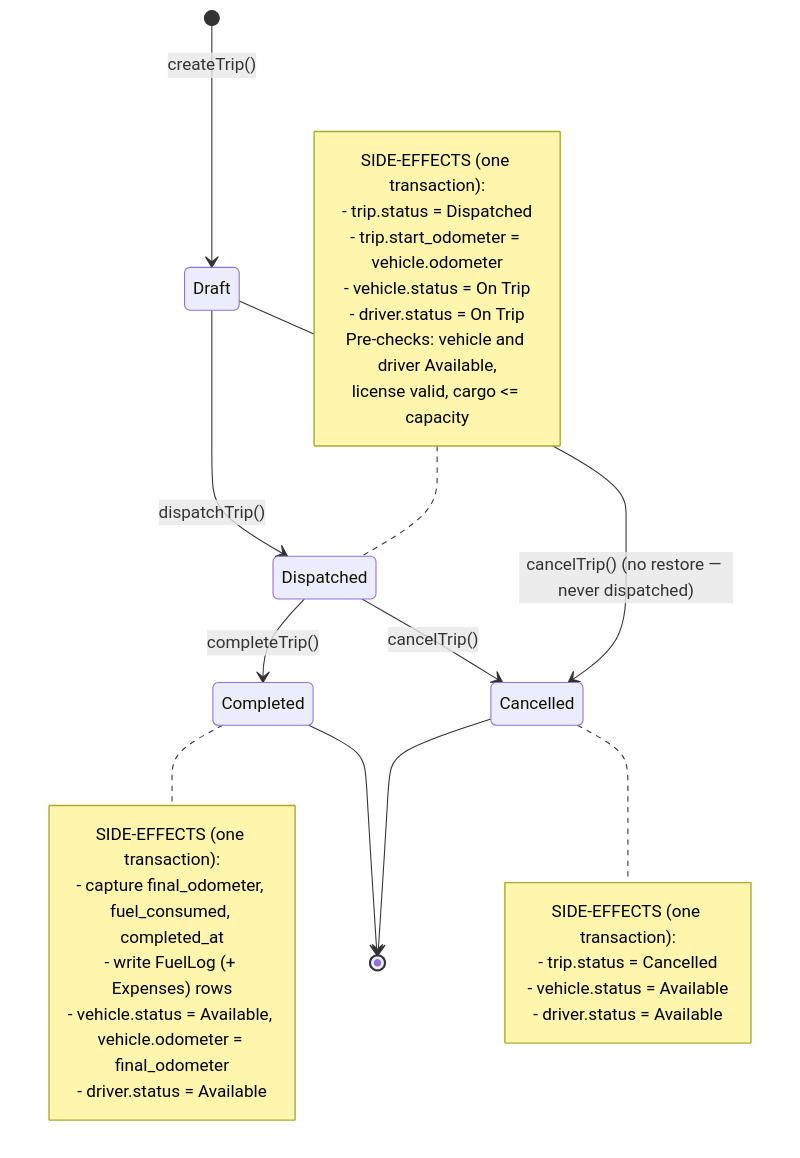
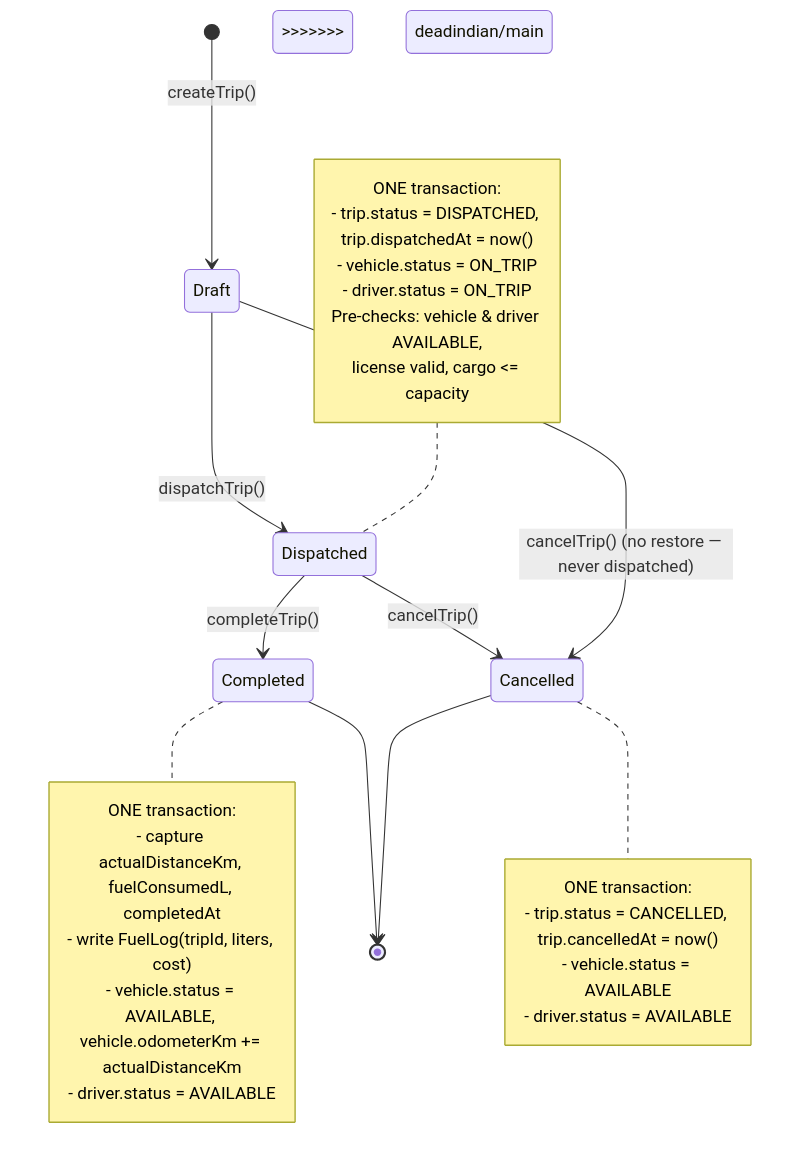
The third of 4 diagrams in plan.md (Dr4cule/TransitOps), drawn with Mermaid before and after one commit. The commit also changed other lines of this file and 73 other files, not shown here.

````diff
--- a/plan.md
+++ b/plan.md
@@ -1028,37 +1700,32 @@
 ```mermaid
 stateDiagram-v2
     [*] --> Draft: createTrip()
-
     Draft --> Dispatched: dispatchTrip()
     note left of Dispatched
-        SIDE-EFFECTS (one transaction):
-        - trip.status = Dispatched
-        - trip.start_odometer = vehicle.odometer
-        - vehicle.status = On Trip
-        - driver.status = On Trip
-        Pre-checks: vehicle and driver Available,
+        ONE transaction:
+        - trip.status = DISPATCHED, trip.dispatchedAt = now()
+        - vehicle.status = ON_TRIP
+        - driver.status = ON_TRIP
+        Pre-checks: vehicle & driver AVAILABLE,
         license valid, cargo <= capacity
     end note
-
     Dispatched --> Completed: completeTrip()
     note right of Completed
-        SIDE-EFFECTS (one transaction):
-        - capture final_odometer, fuel_consumed, completed_at
-        - write FuelLog (+ Expenses) rows
-        - vehicle.status = Available, vehicle.odometer = final_odometer
-        - driver.status = Available
+        ONE transaction:
+        - capture actualDistanceKm, fuelConsumedL, completedAt
+        - write FuelLog(tripId, liters, cost)
+        - vehicle.status = AVAILABLE, vehicle.odometerKm += actualDistanceKm
+        - driver.status = AVAILABLE
     end note
-
     Dispatched --> Cancelled: cancelTrip()
     note right of Cancelled
-        SIDE-EFFECTS (one transaction):
-        - trip.status = Cancelled
-        - vehicle.status = Available
-        - driver.status = Available
+        ONE transaction:
+        - trip.status = CANCELLED, trip.cancelledAt = now()
+        - vehicle.status = AVAILABLE
+        - driver.status = AVAILABLE
     end note
-
     Draft --> Cancelled: cancelTrip() (no restore — never dispatched)
-
+>>>>>>> deadindian/main
     Completed --> [*]
     Cancelled --> [*]
 ```
````
